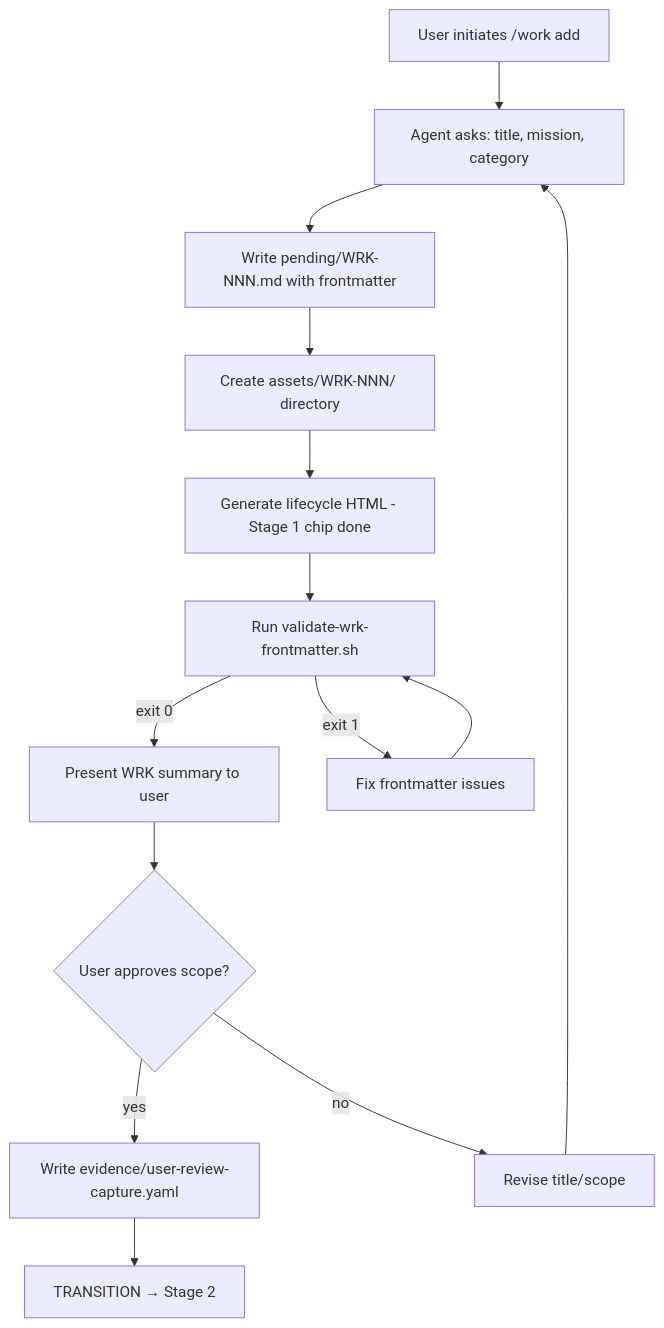
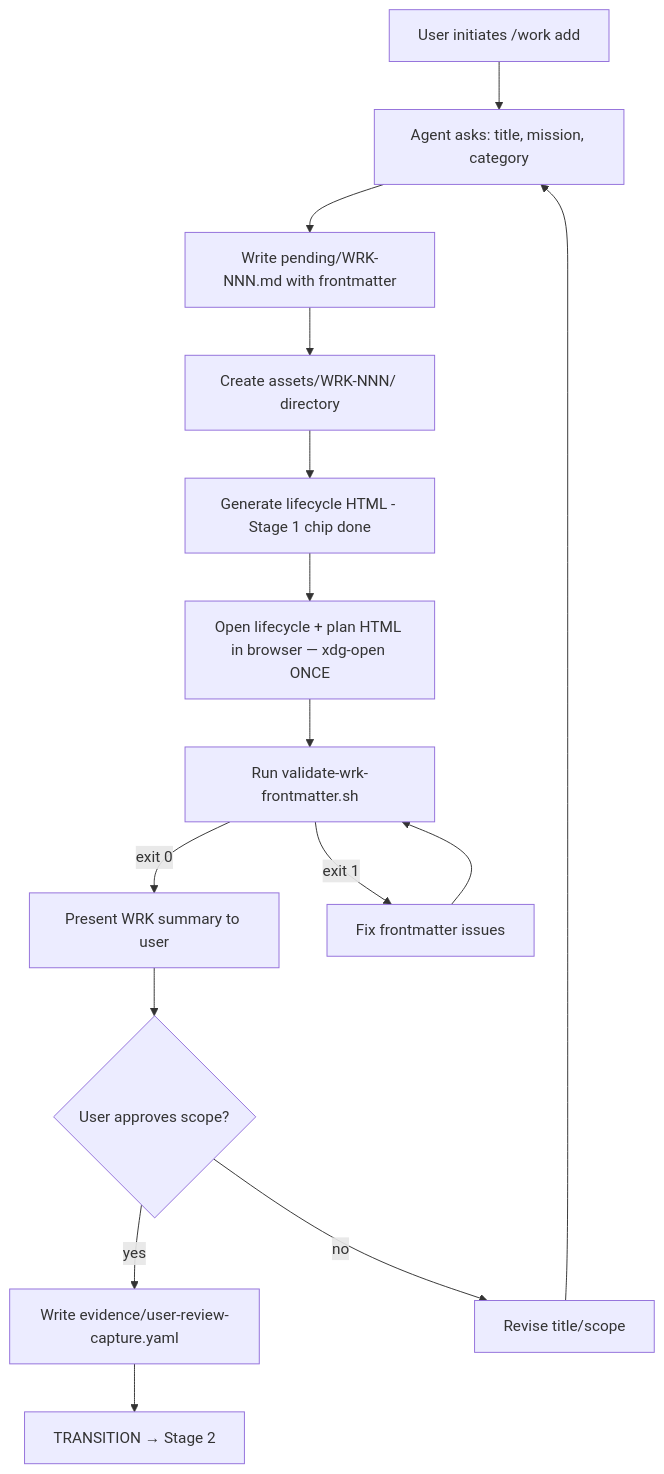
The first of 20 diagrams in .claude/work-queue/assets/WRK-1316/stage-objectives-and-flowcharts.md (vamseeachanta/workspace-hub), drawn with Mermaid before and after one commit. The commit also changed other lines of this file and 32 other files, not shown here.

````diff
--- a/.claude/work-queue/assets/WRK-1316/stage-objectives-and-flowcharts.md
+++ b/.claude/work-queue/assets/WRK-1316/stage-objectives-and-flowcharts.md
@@ -18,14 +18,15 @@
 ```mermaid
 flowchart TD
     A[User initiates /work add] --> B[Agent asks: title, mission, category]
     B --> C[Write pending/WRK-NNN.md with frontmatter]
     C --> D[Create assets/WRK-NNN/ directory]
     D --> E[Generate lifecycle HTML - Stage 1 chip done]
-    E --> F[Run validate-wrk-frontmatter.sh]
+    E --> E2[Open lifecycle + plan HTML in browser — xdg-open ONCE]
+    E2 --> F[Run validate-wrk-frontmatter.sh]
     F -->|exit 0| G[Present WRK summary to user]
     F -->|exit 1| H[Fix frontmatter issues] --> F
     G --> I{User approves scope?}
     I -->|yes| J[Write evidence/user-review-capture.yaml]
     I -->|no| K[Revise title/scope] --> B
     J --> L[TRANSITION → Stage 2]
 ```
````
